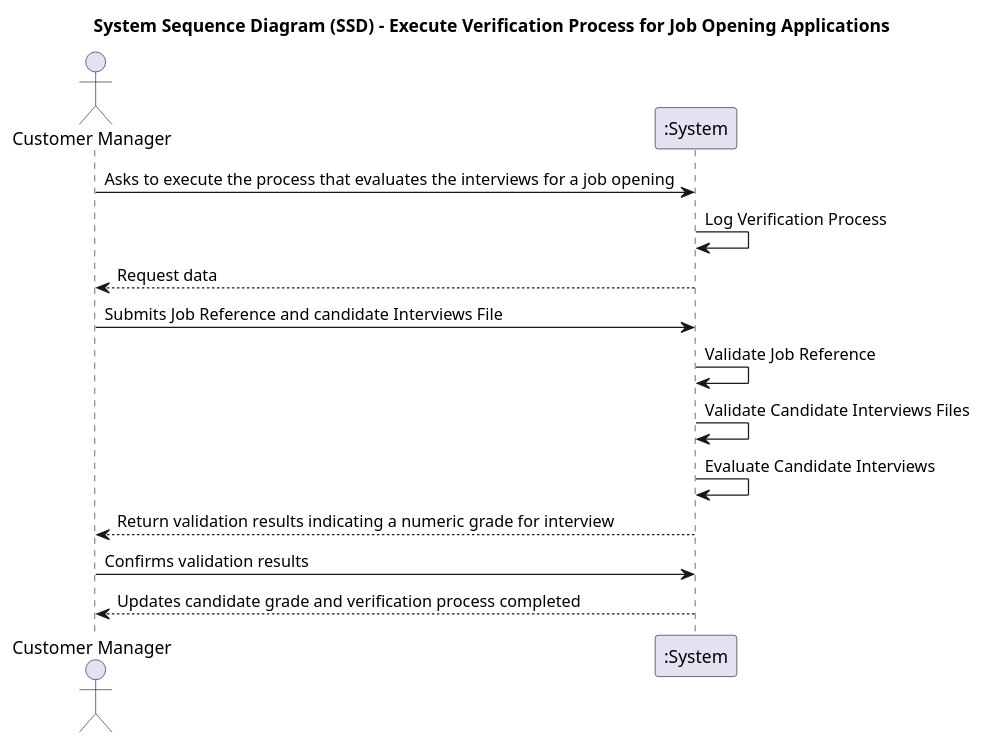
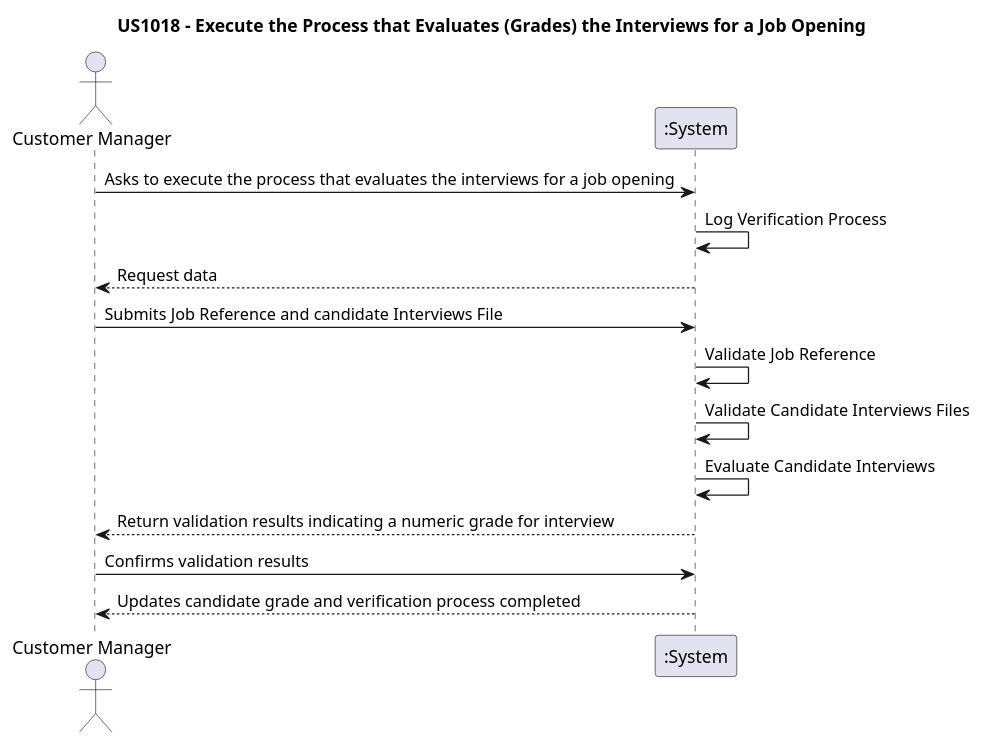
Before and after one commit to Mendoncaa/LAPR4: the diagram in docs/sprintC/US1018/01.requirements-engineering/puml/SSD.puml, drawn with PlantUML. The commit also changed 2 other files, not shown here.

```diff
--- a/docs/sprintC/US1018/01.requirements-engineering/puml/SSD.puml
+++ b/docs/sprintC/US1018/01.requirements-engineering/puml/SSD.puml
@@ -1,20 +1,20 @@
 @startuml
 
-title System Sequence Diagram (SSD) - Execute Verification Process for Job Opening Applications
+title US1018 - Execute the Process that Evaluates (Grades) the Interviews for a Job Opening
 
 actor "Customer Manager" as CM
 participant ":System" as S
 
 CM -> S : Asks to execute the process that evaluates the interviews for a job opening
 S -> S : Log Verification Process
 S --> CM : Request data
 CM -> S : Submits Job Reference and candidate Interviews File
 S -> S : Validate Job Reference
 S -> S : Validate Candidate Interviews Files
 S -> S : Evaluate Candidate Interviews
 S --> CM : Return validation results indicating a numeric grade for interview
 
 CM -> S : Confirms validation results
 S --> CM : Updates candidate grade and verification process completed
 
 @enduml
```
